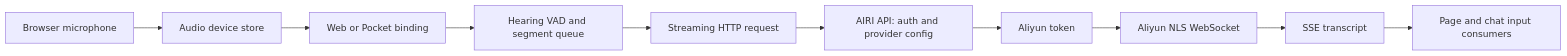
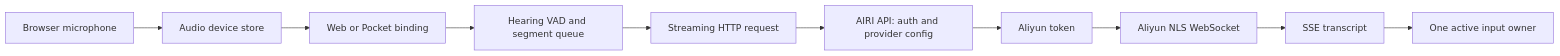
Before and after one commit to moeru-ai/airi: the second of 3 diagrams in docs/ai/adr/2026-09-23-voice-input-binding.md, drawn with Mermaid. The commit also changed other lines of this file and 14 other files, not shown here.

````diff
--- a/docs/ai/adr/2026-09-23-voice-input-binding.md
+++ b/docs/ai/adr/2026-09-23-voice-input-binding.md
@@ -57,12 +84,12 @@
 ```mermaid
 flowchart LR
   Mic[Browser microphone] --> Device[Audio device store]
   Device --> Page[Web or Pocket binding]
   Page --> VAD[Hearing VAD and segment queue]
   VAD --> HTTP[Streaming HTTP request]
   HTTP --> API[AIRI API: auth and provider config]
   API --> Token[Aliyun token]
   Token --> WS[Aliyun NLS WebSocket]
   WS --> SSE[SSE transcript]
-  SSE --> Consumers[Page and chat input consumers]
+  SSE --> Owner[One active input owner]
 ```
````
